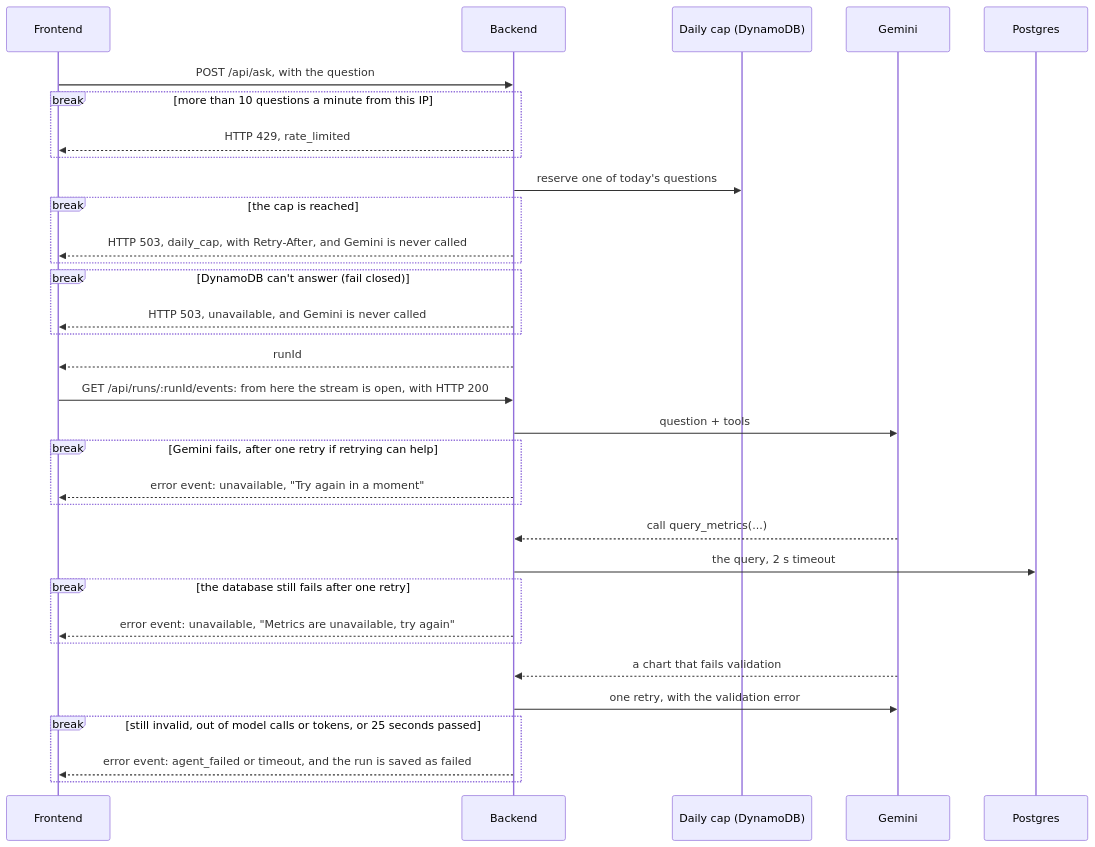
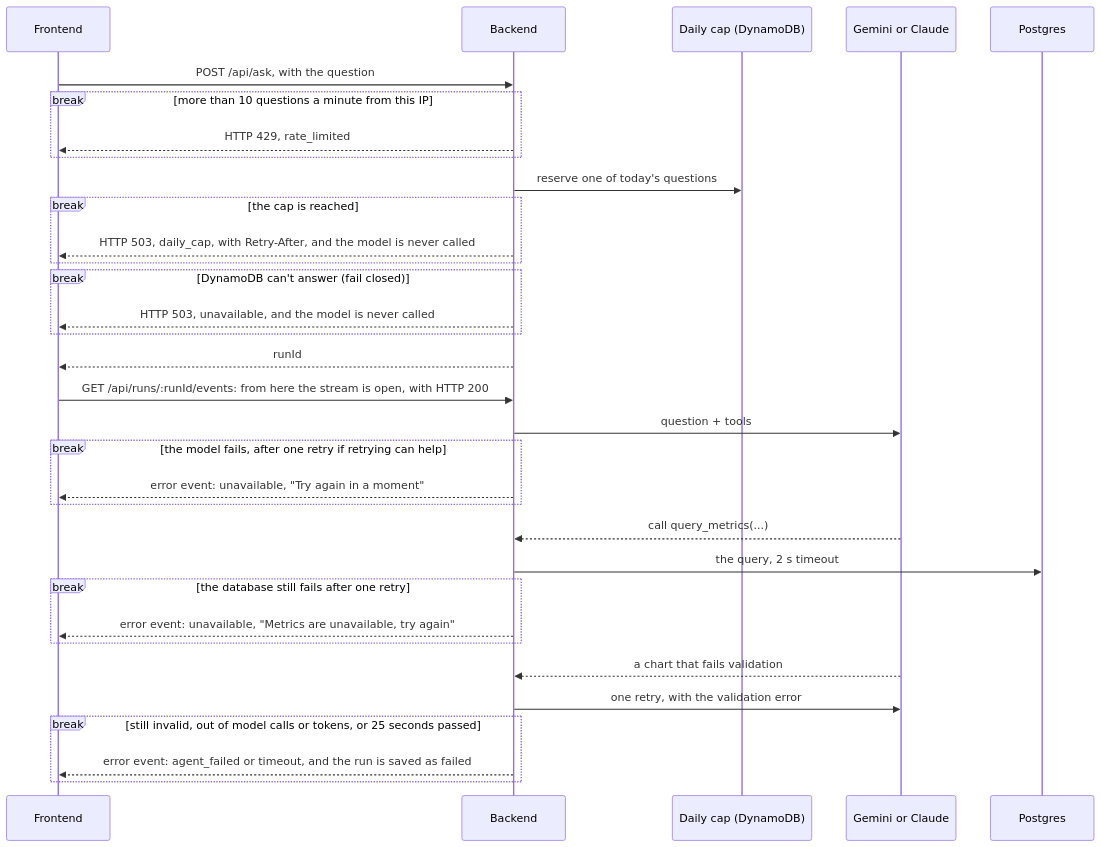
Before and after one commit to vovadyach/dashgen: the fifth of 8 diagrams in docs/design.md, drawn with Mermaid. The commit also changed other lines of this file and 46 other files, not shown here.

Commit message:
feat: AI_MODEL picks Gemini or Claude Haiku 5.5, with a Claude adapter on Anthropic's SDK

````diff
--- a/docs/design.md
+++ b/docs/design.md
@@ -233,36 +233,36 @@
 ```mermaid
 sequenceDiagram
     participant F as Frontend
     participant B as Backend
     participant C as Daily cap (DynamoDB)
-    participant LLM as Gemini
+    participant LLM as Gemini or Claude
     participant DB as Postgres
 
     F->>B: POST /api/ask, with the question
     break more than 10 questions a minute from this IP
         B-->>F: HTTP 429, rate_limited
     end
     B->>C: reserve one of today's questions
     break the cap is reached
-        B-->>F: HTTP 503, daily_cap, with Retry-After, and Gemini is never called
+        B-->>F: HTTP 503, daily_cap, with Retry-After, and the model is never called
     end
     break DynamoDB can't answer (fail closed)
-        B-->>F: HTTP 503, unavailable, and Gemini is never called
+        B-->>F: HTTP 503, unavailable, and the model is never called
     end
     B-->>F: runId
     F->>B: GET /api/runs/:runId/events: from here the stream is open, with HTTP 200
     B->>LLM: question + tools
-    break Gemini fails, after one retry if retrying can help
+    break the model fails, after one retry if retrying can help
         B-->>F: error event: unavailable, "Try again in a moment"
     end
     LLM-->>B: call query_metrics(...)
     B->>DB: the query, 2 s timeout
     break the database still fails after one retry
         B-->>F: error event: unavailable, "Metrics are unavailable, try again"
     end
     LLM-->>B: a chart that fails validation
     B->>LLM: one retry, with the validation error
     break still invalid, out of model calls or tokens, or 25 seconds passed
         B-->>F: error event: agent_failed or timeout, and the run is saved as failed
     end
 ```
````
